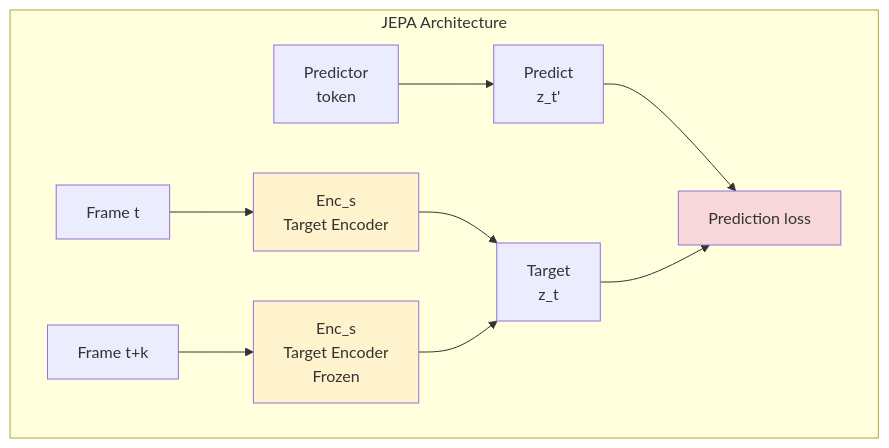
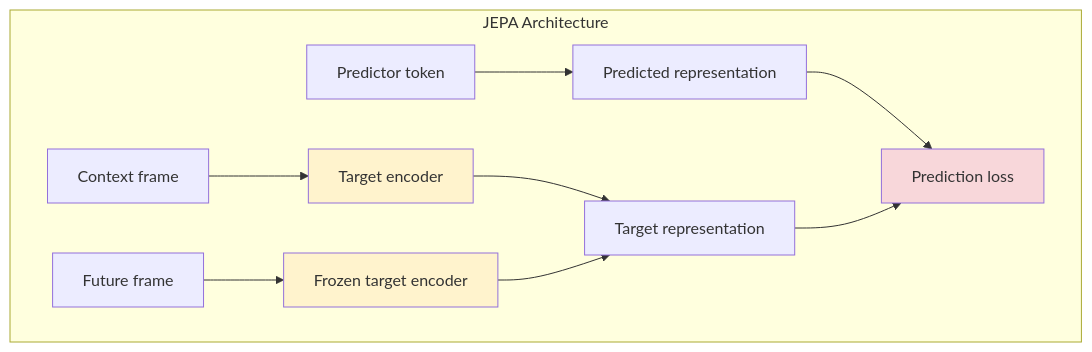
The diagram in docs/source/jepa.md (ParamThakkar123/torchwm), drawn with Mermaid before and after one commit. The commit also changed 5 other files, not shown here.

Commit message:
Use Mermaid 10.4-safe diagram syntax

````diff
--- a/docs/source/jepa.md
+++ b/docs/source/jepa.md
@@ -21,16 +21,16 @@
 ```{mermaid}
 graph TD
-    subgraph "JEPA Architecture"
-        A[Frame t] --> B[Enc_s<br/>Target Encoder]
-        C[Frame t+k] --> D[Enc_s<br/>Target Encoder<br/>Frozen]
-        B --> E[Target<br/>z_t]
+    subgraph JA["JEPA Architecture"]
+        A["Context frame"] --> B["Target encoder"]
+        C["Future frame"] --> D["Frozen target encoder"]
+        B --> E["Target representation"]
         D --> E
-        F[Predictor<br/>token] --> G[Predict<br/>z_t']
-        G --> H[Prediction loss]
+        F["Predictor token"] --> G["Predicted representation"]
+        G --> H["Prediction loss"]
         E --> H
     end
 
     style B fill:#fff3cd
     style D fill:#fff3cd
     style H fill:#f8d7da
 ```
````
